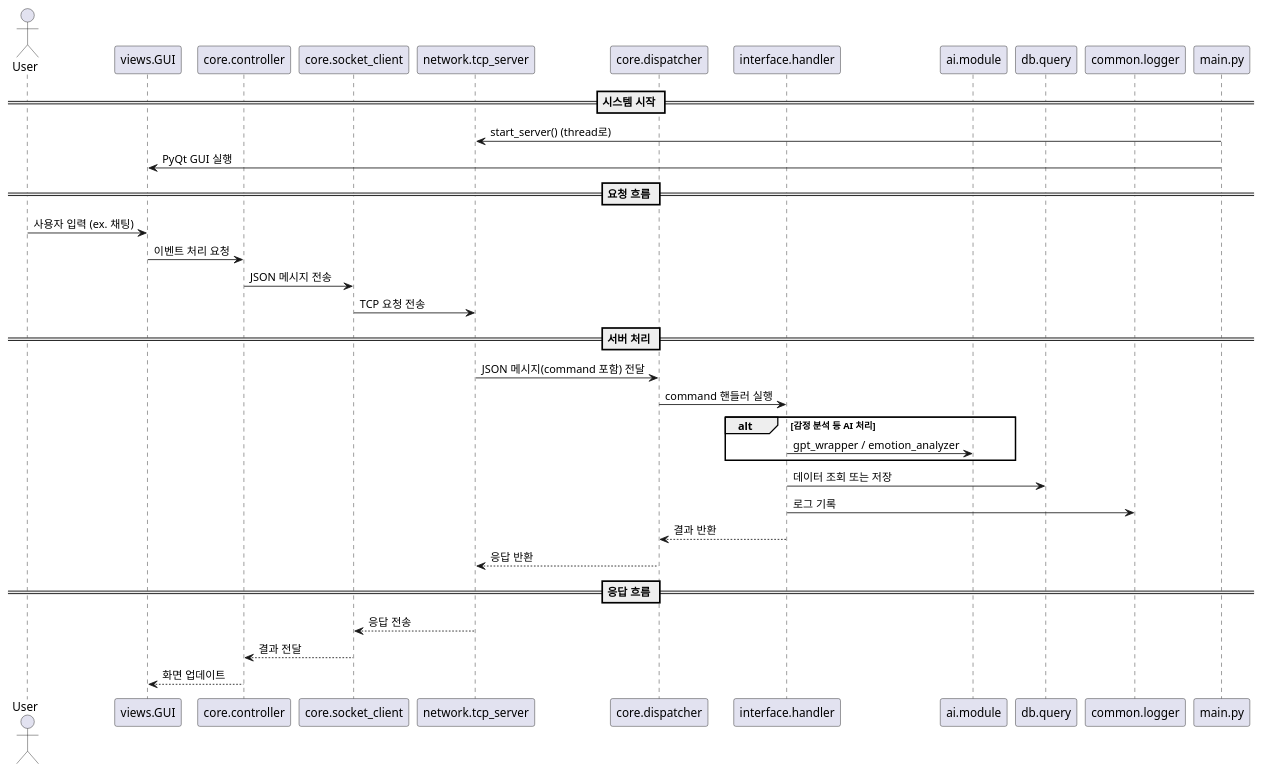
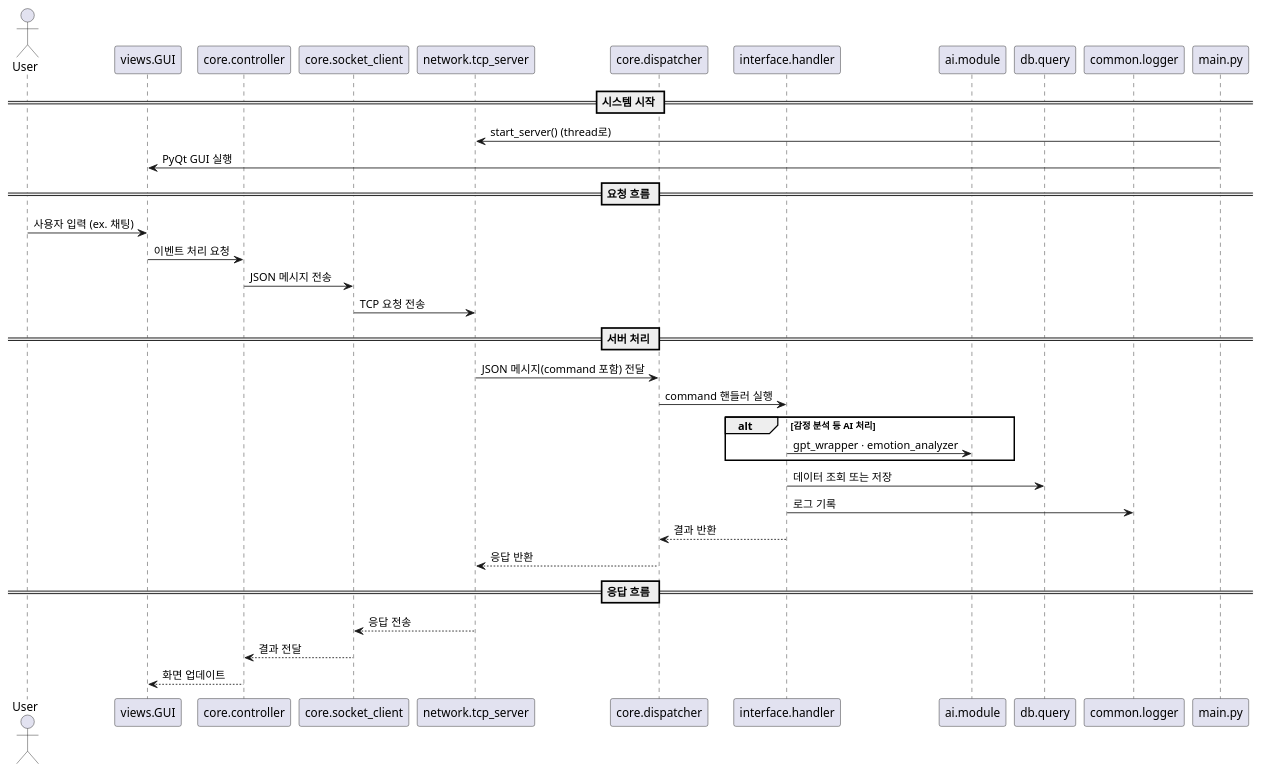
The diagram in src/content/activities/stonespring/sequence-diagram-scenario.puml (mumallaeng/Career), drawn with PlantUML before and after one commit. The commit also changed 58 other files, not shown here.

```diff
--- a/src/content/activities/stonespring/sequence-diagram-scenario.puml
+++ b/src/content/activities/stonespring/sequence-diagram-scenario.puml
@@ -5,43 +5,43 @@
 @startuml DoraSystemSequence
 
 actor User
 participant "views.GUI" as GUI
 participant "core.controller" as Controller
 participant "core.socket_client" as SocketClient
 participant "network.tcp_server" as TCP
 participant "core.dispatcher" as Dispatcher
 participant "interface.handler" as Interface
 participant "ai.module" as AI
 participant "db.query" as DB
 participant "common.logger" as Logger
 
 == 시스템 시작 ==
 main.py -> TCP : start_server() (thread로)
 main.py -> GUI : PyQt GUI 실행
 
 == 요청 흐름 ==
 User -> GUI : 사용자 입력 (ex. 채팅)
 GUI -> Controller : 이벤트 처리 요청
 Controller -> SocketClient : JSON 메시지 전송
 SocketClient -> TCP : TCP 요청 전송
 
 == 서버 처리 ==
 TCP -> Dispatcher : JSON 메시지(command 포함) 전달
 Dispatcher -> Interface : command 핸들러 실행
 
 alt 감정 분석 등 AI 처리
-Interface -> AI : gpt_wrapper / emotion_analyzer
+Interface -> AI : gpt_wrapper · emotion_analyzer
 end
 
 Interface -> DB : 데이터 조회 또는 저장
 Interface -> Logger : 로그 기록
 
 Interface --> Dispatcher : 결과 반환
 Dispatcher --> TCP : 응답 반환
 
 == 응답 흐름 ==
 TCP --> SocketClient : 응답 전송
 SocketClient --> Controller : 결과 전달
 Controller --> GUI : 화면 업데이트
 
 @enduml
```
